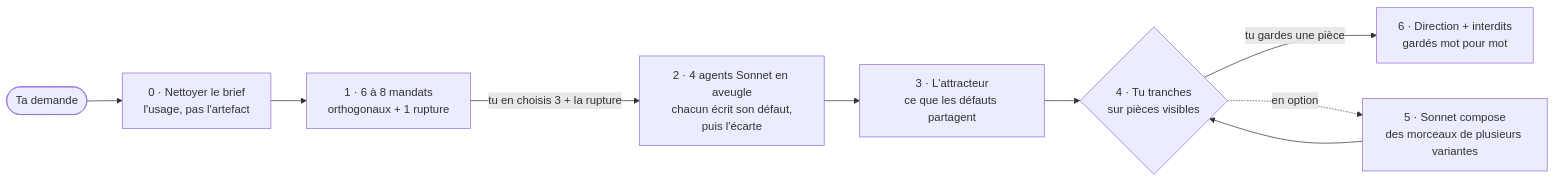
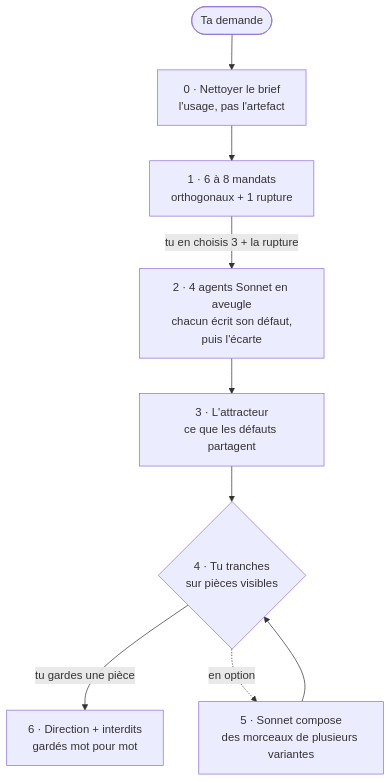
One commit to amiel-35/ix-design-divergent changed the diagram in README.fr.md. Above: the diagram before and after it, drawn with Mermaid. The commit also changed 1 other file, not shown here.

Commit message:
README : schéma vertical, lisible

````diff
--- a/README.fr.md
+++ b/README.fr.md
@@ -71,11 +71,11 @@
 ```mermaid
-flowchart LR
+flowchart TD
     R([Ta demande]) --> S0[0 · Nettoyer le brief<br/>l'usage, pas l'artefact]
     S0 --> S1[1 · 6 à 8 mandats<br/>orthogonaux + 1 rupture]
     S1 -->|tu en choisis 3 + la rupture| S2[2 · 4 agents Sonnet en aveugle<br/>chacun écrit son défaut,<br/>puis l'écarte]
     S2 --> S3[3 · L'attracteur<br/>ce que les défauts partagent]
     S3 --> S4{4 · Tu tranches<br/>sur pièces visibles}
     S4 -->|tu gardes une pièce| S6[6 · Direction + interdits<br/>gardés mot pour mot]
     S4 -.->|en option| S5[5 · Sonnet compose<br/>des morceaux de plusieurs variantes]
     S5 --> S4
 ```
````
